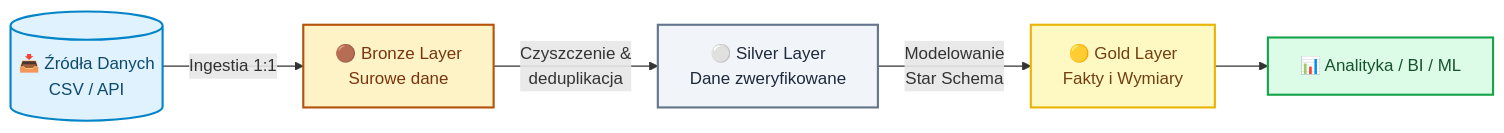
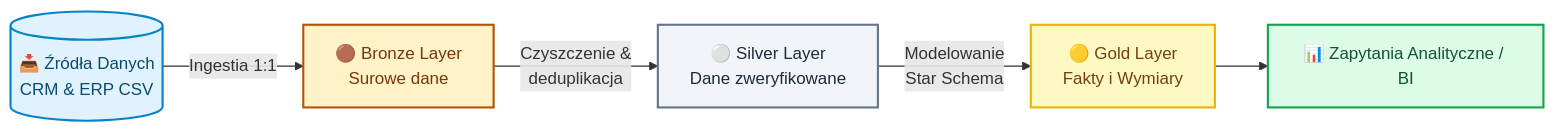
The diagram in README.md (LukaszHolowacz/sql-data-warehouse-learn), drawn with Mermaid before and after one commit. The commit also changed other lines of this file, not shown here.

First line of the commit message:
Revise project details and roadmap in README

````diff
--- a/README.md
+++ b/README.md
@@ -22,13 +22,13 @@
 ```mermaid
 flowchart LR
-    A[(📥 Źródła Danych<br/>CSV / API)] -->|Ingestia 1:1| B[🟤 Bronze Layer<br/>Surowe dane]
+    A[(📥 Źródła Danych<br/>CRM & ERP CSV)] -->|Ingestia 1:1| B[🟤 Bronze Layer<br/>Surowe dane]
     B -->|Czyszczenie &<br/>deduplikacja| C[⚪ Silver Layer<br/>Dane zweryfikowane]
     C -->|Modelowanie<br/>Star Schema| D[🟡 Gold Layer<br/>Fakty i Wymiary]
-    D --> E[📊 Analityka / BI / ML]
+    D --> E[📊 Zapytania Analityczne / BI]
 
     style A fill:#e0f2fe,stroke:#0284c7,stroke-width:2px,color:#0c4a6e
     style B fill:#fef3c7,stroke:#b45309,stroke-width:2px,color:#78350f
     style C fill:#f1f5f9,stroke:#64748b,stroke-width:2px,color:#1e293b
     style D fill:#fef9c3,stroke:#eab308,stroke-width:2px,color:#713f12
     style E fill:#dcfce7,stroke:#16a34a,stroke-width:2px,color:#14532d
 ```
````
